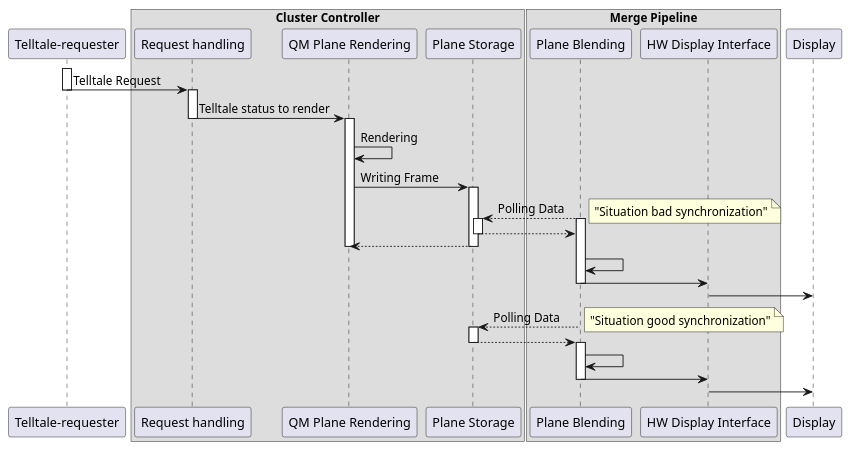
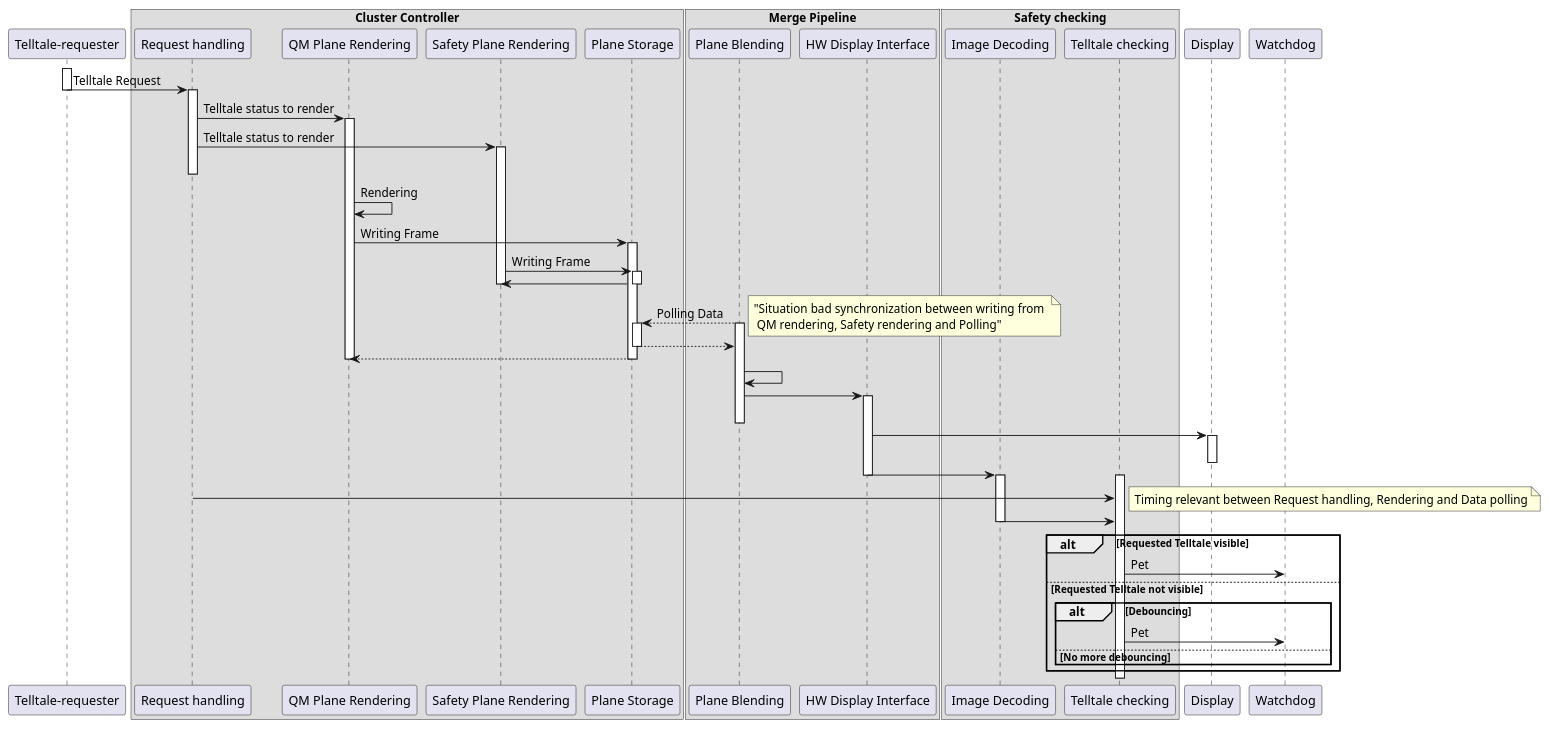
One commit to elisa-tech/wg-automotive changed the diagram in Cluster_Display_Use_Case_v2/Item_Defintion/Sequence_diagram_safety.puml. Above: the diagram before and after it, drawn with PlantUML. The commit also changed 1 other file, not shown here.

```diff
--- a/Cluster_Display_Use_Case_v2/Item_Defintion/Sequence_diagram_safety.puml
+++ b/Cluster_Display_Use_Case_v2/Item_Defintion/Sequence_diagram_safety.puml
@@ -1,107 +1,86 @@
 @startuml
 'skinparam wrapWidth 200
 participant "Telltale-requester" as TR
 
 box "Cluster Controller"
 participant "Request handling"  as Request_handling order 5
 participant "QM Plane Rendering" as Rendering_QM order 10
+participant "Safety Plane Rendering" as Rendering_Safety order 13
 participant "Plane Storage" as Plane_storage order 15
+
 end box
 box "Merge Pipeline"
 'participant "Configuration Data" as Configuration_data order 35
 participant "Plane Blending" as Plane_blending order 35
-participant "HW Display Interface" as Display_Interface order 35
+participant "HW Display Interface" as Display_Interface order 40
 end box
 
-participant "Display" as Display order 35
+box "Safety checking"
+participant "Image Decoding" as Decoding order 45
+participant "Telltale checking" as Telltale_checking order 50
+end box
+
+participant "Display" as Display order 55
 'participant "Backlight" as Backlight order 40
+participant "Watchdog" as WD order 60
 
 activate TR
 TR -> Request_handling : Telltale Request
 deactivate TR 
 
 activate Request_handling 
 Request_handling -> Rendering_QM : Telltale status to render
+activate Rendering_QM
+Request_handling -> Rendering_Safety : Telltale status to render
+activate Rendering_Safety 
 deactivate Request_handling 
 
-activate Rendering_QM 
 Rendering_QM -> Rendering_QM : Rendering
 Rendering_QM -> Plane_storage : Writing Frame
+activate Plane_storage
 
+Rendering_Safety -> Plane_storage : Writing Frame
 activate Plane_storage
+Plane_storage -> Rendering_Safety
+deactivate Plane_storage
+deactivate Rendering_Safety
 
 ' Polling while frame is written
 Plane_blending --> Plane_storage : Polling Data
-note right: "Situation bad synchronization"
+note right: "Situation bad synchronization between writing from \n QM rendering, Safety rendering and Polling"
 activate Plane_storage
 activate Plane_blending
 Plane_storage --> Plane_blending
 deactivate Plane_storage
 Plane_storage --> Rendering_QM 
 deactivate Rendering_QM
 deactivate Plane_storage
 
 Plane_blending -> Plane_blending
 Plane_blending -> Display_Interface
+activate Display_Interface
 deactivate Plane_blending
 deactivate Plane_storage
+ 
 Display_Interface-> Display
+activate Display
+deactivate Display 
+Display_Interface -> Decoding
+deactivate Display_Interface
+activate Decoding
+activate Telltale_checking
+Request_handling -> Telltale_checking
+note right: Timing relevant between Request handling, Rendering and Data polling
+Decoding -> Telltale_checking
+deactivate Decoding
+' Telltale checking stuff
+alt Requested Telltale visible
+Telltale_checking -> WD : Pet
+else Requested Telltale not visible
+alt Debouncing 
+Telltale_checking -> WD : Pet
+else No more debouncing
+end
+end
 
-Plane_blending --> Plane_storage : Polling Data
-note right: "Situation good synchronization"
-activate Plane_storage
-Plane_storage --> Plane_blending
-deactivate Plane_storage
-
-activate Plane_blending
-Plane_blending -> Plane_blending
-Plane_blending -> Display_Interface
-deactivate Plane_blending
-
-Display_Interface-> Display
-
-
-
-
-' activate "Display"
-' activate "Telltale-requester"
-' activate "Request handling"
-' activate "Watchdog"
-' "Telltale-requester" -> "Request handling" : Telltale request
-' activate "Safety-Signal-source"
-' "Request handling" -> "Safety-Signal-source": Telltale request
-' deactivate "Telltale-requester"
-
-' "Request handling" -> "QT-Application" : Telltale request
-' activate "QT-Application"
-' "QT-Application" -> "QT-Application" : Render Image
-
-' "QT-Application" -> "Display": Image_out
-' deactivate "QT-Application"
-' "Display" ->  "Safety-Signal-source" : Image_in
-' "Safety-Signal-source" -> "Safety-Signal-source" : Check E2E
-
-' deactivate "Request handling"
-' "Safety-Signal-source" -> "Safety-Signal-source": Determine  Safety status
-' alt E2E miss or Safety status false
-' "Safety-Signal-source" -> "Safety-App": Send cyclic Safety status Message requesting safe state
-' else 
-' "Safety-Signal-source" -> "Safety-App": Send cyclic Safety status Message
-' end
-' deactivate "Safety-Signal-source"
-' activate "Safety-App"
-' "Safety-App" -> "Safety-App": Check E2E
-' alt E2E check passes
-' "Safety-App" -> "Safety-App": Check Safety Signal
-' alt Safety signal OK
-' "Safety-App" -> "Watchdog": Pet watchdog
-' "Watchdog" -> "Watchdog": watchdog check
-' else Safety signal NOK
-' "Watchdog" -> "Watchdog": watchdog check
-' "Watchdog" -> "Backlight": kill Backlight
-' end
-' else E2E miss
-' "Watchdog" -> "Watchdog": watchdog check
-' "Watchdog" -> "Backlight": kill Backlight
-' end
 @enduml
```
